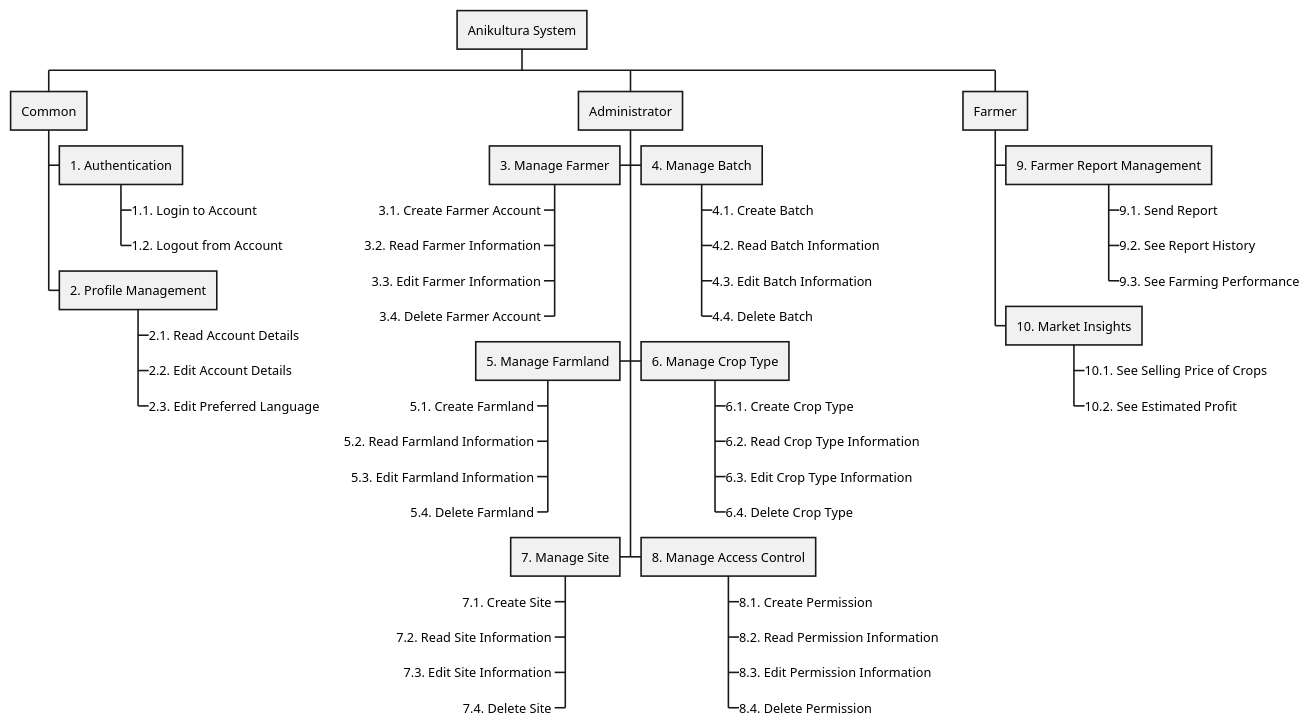
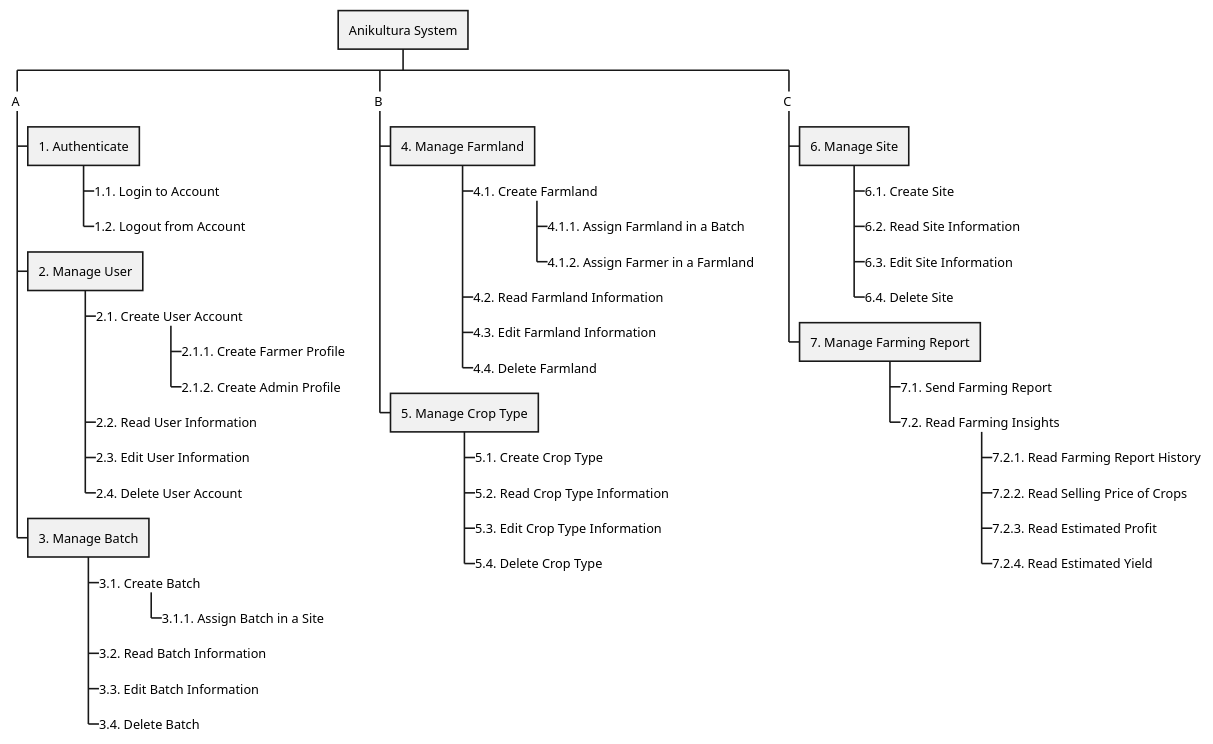
Before and after one commit to radical-doubting/anikultura-diagrams: the diagram in plantuml/proposed/fdd.wsd, drawn with PlantUML. The commit also changed 2 other files, not shown here.

Commit message:
FDD and Use Case Diagram updates

```diff
--- a/plantuml/proposed/fdd.wsd
+++ b/plantuml/proposed/fdd.wsd
@@ -1,65 +1,58 @@
 @startwbs
 
 * Anikultura System
 
-** Common
+**_ A
 
-*** 1. Authentication
+*** 1. Authenticate
 ****_ 1.1. Login to Account
 ****_ 1.2. Logout from Account
 
-*** 2. Profile Management
-****_ 2.1. Read Account Details
-****_ 2.2. Edit Account Details
-****_ 2.3. Edit Preferred Language
+*** 2. Manage User
+****_ 2.1. Create User Account
+*****_ 2.1.1. Create Farmer Profile
+*****_ 2.1.2. Create Admin Profile
+****_ 2.2. Read User Information
+****_ 2.3. Edit User Information
+****_ 2.4. Delete User Account
 
-** Administrator
+*** 3. Manage Batch
+****_ 3.1. Create Batch
+*****_ 3.1.1. Assign Batch in a Site
+****_ 3.2. Read Batch Information
+****_ 3.3. Edit Batch Information
+****_ 3.4. Delete Batch
 
-***< 3. Manage Farmer
-****_< 3.1. Create Farmer Account
-****_< 3.2. Read Farmer Information
-****_< 3.3. Edit Farmer Information
-****_< 3.4. Delete Farmer Account
+**_ B
+    
+*** 4. Manage Farmland
+****_ 4.1. Create Farmland
+*****_ 4.1.1. Assign Farmland in a Batch
+*****_ 4.1.2. Assign Farmer in a Farmland
+****_ 4.2. Read Farmland Information
+****_ 4.3. Edit Farmland Information
+****_ 4.4. Delete Farmland
 
-*** 4. Manage Batch
-****_ 4.1. Create Batch
-****_ 4.2. Read Batch Information
-****_ 4.3. Edit Batch Information
-****_ 4.4. Delete Batch
+*** 5. Manage Crop Type
+****_ 5.1. Create Crop Type
+****_ 5.2. Read Crop Type Information
+****_ 5.3. Edit Crop Type Information
+****_ 5.4. Delete Crop Type
 
-***< 5. Manage Farmland
-****_< 5.1. Create Farmland
-****_< 5.2. Read Farmland Information
-****_< 5.3. Edit Farmland Information
-****_< 5.4. Delete Farmland
+**_ C
 
-*** 6. Manage Crop Type
-****_ 6.1. Create Crop Type
-****_ 6.2. Read Crop Type Information
-****_ 6.3. Edit Crop Type Information
-****_ 6.4. Delete Crop Type
+*** 6. Manage Site
+****_ 6.1. Create Site
+****_ 6.2. Read Site Information
+****_ 6.3. Edit Site Information
+****_ 6.4. Delete Site
 
-***< 7. Manage Site
-****_< 7.1. Create Site
-****_< 7.2. Read Site Information
-****_< 7.3. Edit Site Information
-****_< 7.4. Delete Site
-
-*** 8. Manage Access Control
-****_ 8.1. Create Permission
-****_ 8.2. Read Permission Information
-****_ 8.3. Edit Permission Information
-****_ 8.4. Delete Permission
-
-** Farmer
-
-*** 9. Farmer Report Management
-****_ 9.1. Send Report
-****_ 9.2. See Report History
-****_ 9.3. See Farming Performance
-
-*** 10. Market Insights
-****_ 10.1. See Selling Price of Crops
-****_ 10.2. See Estimated Profit
+*** 7. Manage Farming Report
+****_ 7.1. Send Farming Report
+****_ 7.2. Read Farming Insights
+*****_ 7.2.1. Read Farming Report History
+*****_ 7.2.2. Read Selling Price of Crops
+*****_ 7.2.3. Read Estimated Profit
+*****_ 7.2.4. Read Estimated Yield
 
 @endwbs
```
